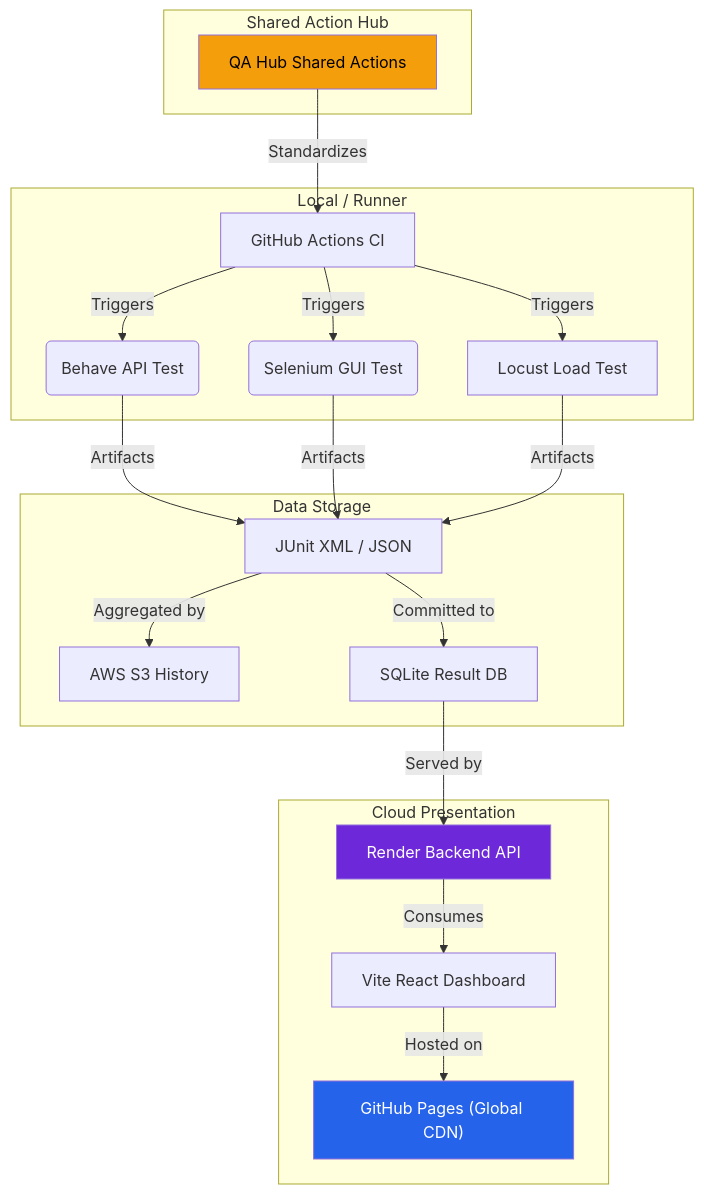
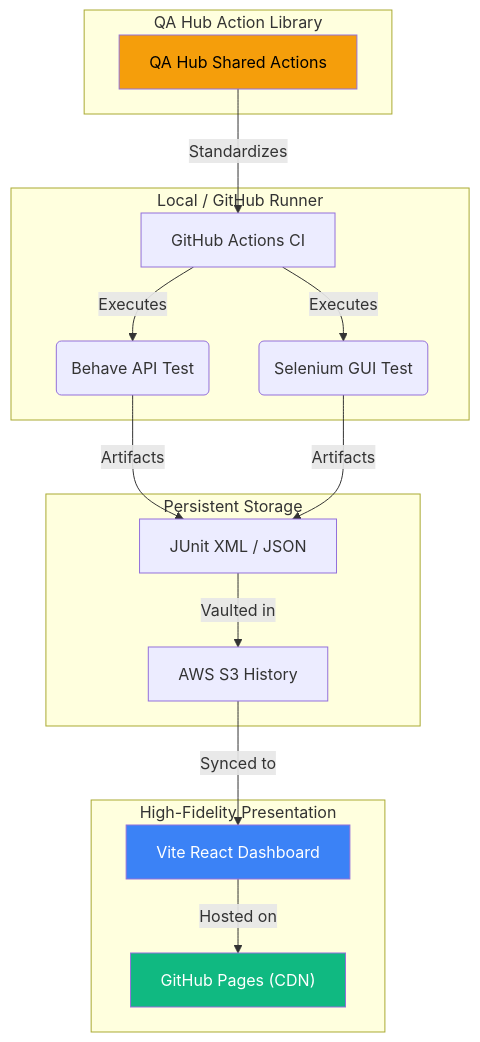
The diagram in README.md (carlos-camara/dashboard), drawn with Mermaid before and after one commit. The commit also changed other lines of this file and 7 other files, not shown here.

````diff
--- a/README.md
+++ b/README.md
@@ -114,28 +103,25 @@
 ```mermaid
 graph TD
-    subgraph "Local / Runner"
-        A["GitHub Actions CI"] -->|Triggers| B("Behave API Test")
-        A -->|Triggers| C("Selenium GUI Test")
-        A -->|Triggers| L["Locust Load Test"]
+    subgraph "Local / GitHub Runner"
+        A["GitHub Actions CI"] -->|Executes| B("Behave API Test")
+        A -->|Executes| C("Selenium GUI Test")
     end
 
-    subgraph "Shared Action Hub"
+    subgraph "QA Hub Action Library"
         D["QA Hub Shared Actions"] -->|Standardizes| A
     end
 
-    subgraph "Data Storage"
-        B & C & L -->|Artifacts| E["JUnit XML / JSON"]
-        E -->|Aggregated by| S3["AWS S3 History"]
-        E -->|Committed to| DB["SQLite Result DB"]
+    subgraph "Persistent Storage"
+        B & C -->|Artifacts| E["JUnit XML / JSON"]
+        E -->|Vaulted in| S3["AWS S3 History"]
     end
 
-    subgraph "Cloud Presentation"
-        DB -->|Served by| G["Render Backend API"]
-        G -->|Consumes| H["Vite React Dashboard"]
-        H -->|Hosted on| P["GitHub Pages (Global CDN)"]
+    subgraph "High-Fidelity Presentation"
+        S3 -->|Synced to| H["Vite React Dashboard"]
+        H -->|Hosted on| P["GitHub Pages (CDN)"]
     end
     
-    style G fill:#6d28d9,color:#fff
-    style P fill:#2563eb,color:#fff
+    style H fill:#3b82f6,color:#fff
+    style P fill:#10b981,color:#fff
     style D fill:#f59e0b,color:#000
 ```
````
